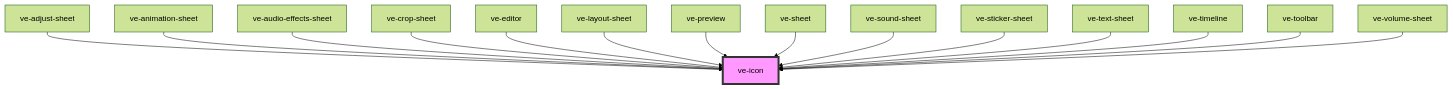
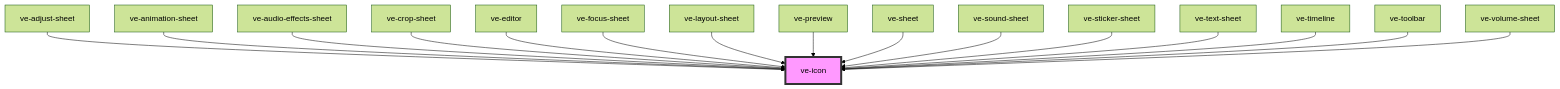
One commit to dotnetdreamer/capacitor-video-kit changed the diagram in src/components/ve-icon/readme.md. Above: the diagram before and after it, drawn with Mermaid (forest theme). The commit also changed other lines of this file and 109 other files, not shown here.

````diff
--- a/src/components/ve-icon/readme.md
+++ b/src/components/ve-icon/readme.md
@@ -50,18 +51,19 @@
 ```mermaid
 graph TD;
   ve-adjust-sheet --> ve-icon
   ve-animation-sheet --> ve-icon
   ve-audio-effects-sheet --> ve-icon
   ve-crop-sheet --> ve-icon
   ve-editor --> ve-icon
+  ve-focus-sheet --> ve-icon
   ve-layout-sheet --> ve-icon
   ve-preview --> ve-icon
   ve-sheet --> ve-icon
   ve-sound-sheet --> ve-icon
   ve-sticker-sheet --> ve-icon
   ve-text-sheet --> ve-icon
   ve-timeline --> ve-icon
   ve-toolbar --> ve-icon
   ve-volume-sheet --> ve-icon
   style ve-icon fill:#f9f,stroke:#333,stroke-width:4px
 ```
````
